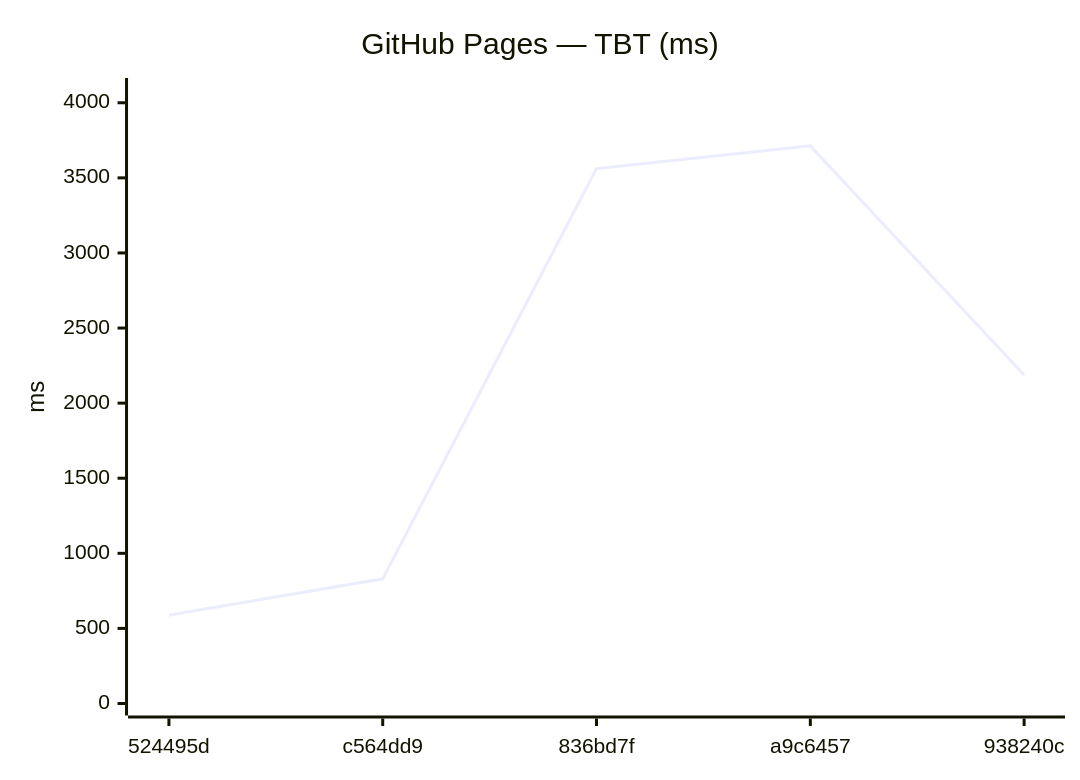
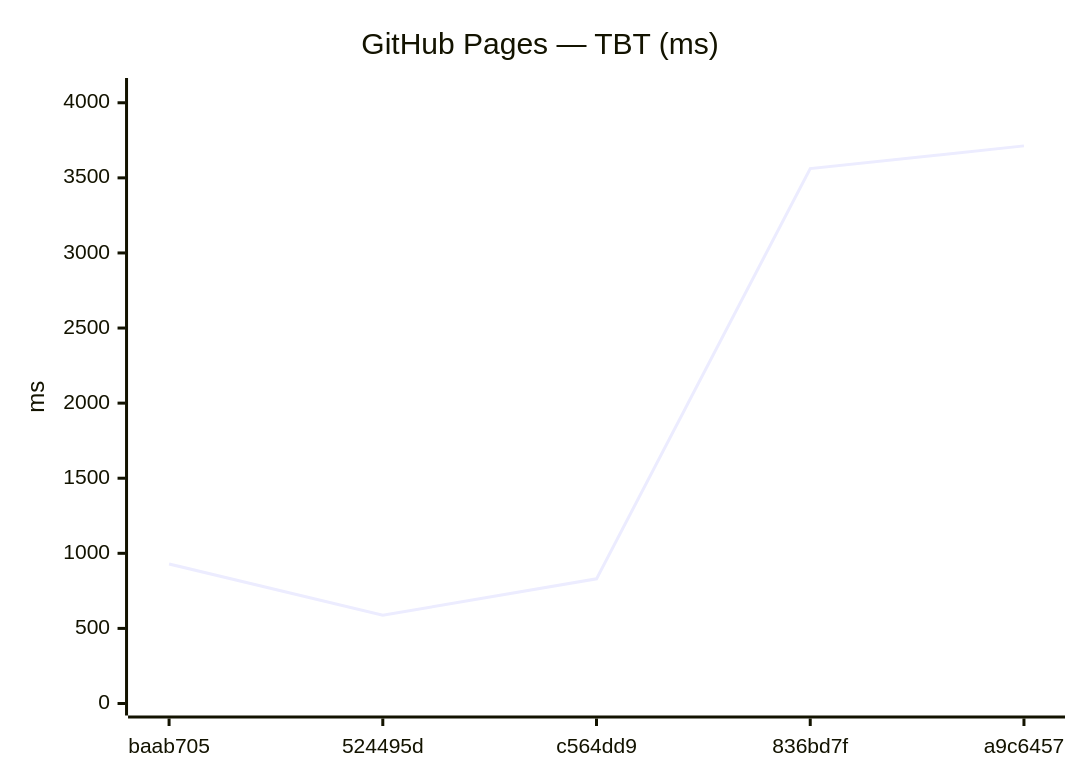
The eighth of 12 diagrams in benchmarks/compare.md (Metaheurist/Rianell), drawn with Mermaid before and after one commit. The commit also changed other lines of this file and 8 other files, not shown here.

````diff
--- a/benchmarks/compare.md
+++ b/benchmarks/compare.md
@@ -114,7 +114,7 @@
 ```mermaid
 xychart-beta
     title "GitHub Pages — TBT (ms)"
-    x-axis ["524495d", "c564dd9", "836bd7f", "a9c6457", "938240c"]
+    x-axis ["baab705", "524495d", "c564dd9", "836bd7f", "a9c6457"]
     y-axis "ms" 0 --> 4085
-    line [588, 830, 3562, 3713, 2187]
+    line [929, 588, 830, 3562, 3713]
 ```
````
